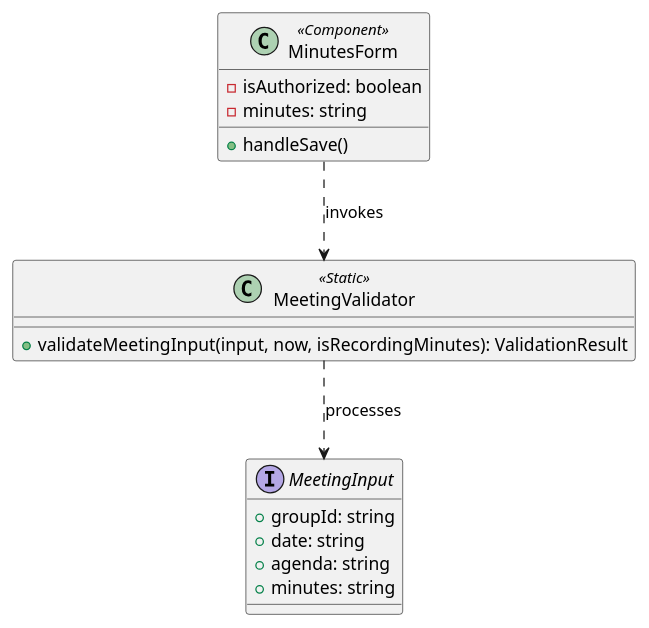
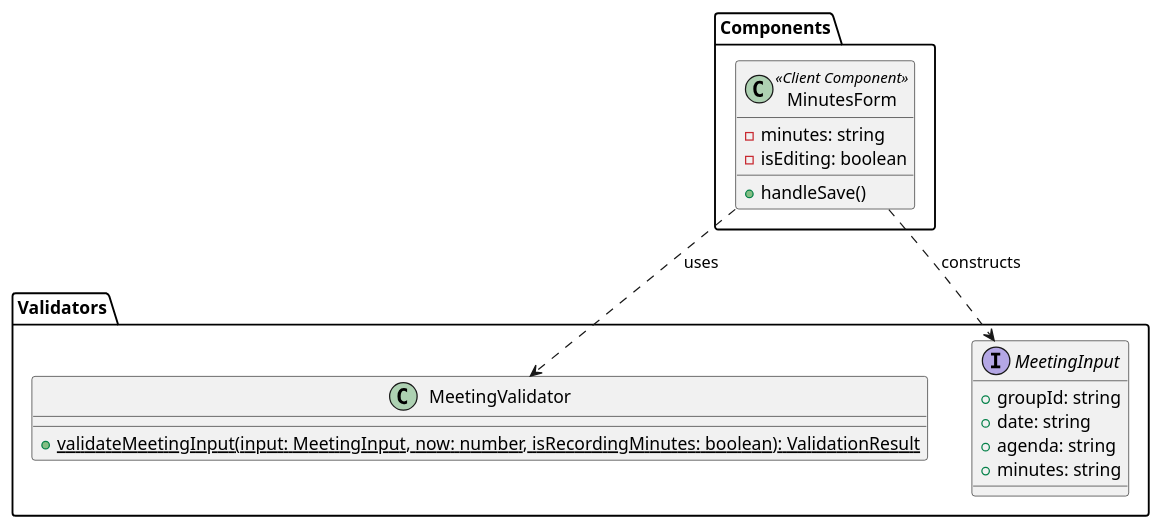
Before and after one commit to OliEveritt/Stokkings: the diagram in docs/architecture/3.4 · Record Meeting Minutes/logical_view_3_4.puml, drawn with PlantUML. The commit also changed 20 other files, not shown here.

Commit message:
feat: implement meeting minutes with validated architecture and passing TDD

```diff
--- a/docs/architecture/3.4 · Record Meeting Minutes/logical_view_3_4.puml
+++ b/docs/architecture/3.4 · Record Meeting Minutes/logical_view_3_4.puml
@@ -1,21 +1,24 @@
-@startuml
-class MeetingValidator <<Static>> {
-    +validateMeetingInput(input, now, isRecordingMinutes): ValidationResult
+@startuml logical_view_3_4
+package "Components" {
+    class MinutesForm <<Client Component>> {
+        - minutes: string
+        - isEditing: boolean
+        + handleSave()
+    }
 }
 
-interface MeetingInput {
-    +groupId: string
-    +date: string
-    +agenda: string
-    +minutes: string
+package "Validators" {
+    class MeetingValidator {
+        {static} + validateMeetingInput(input: MeetingInput, now: number, isRecordingMinutes: boolean): ValidationResult
+    }
+    interface MeetingInput {
+        + groupId: string
+        + date: string
+        + agenda: string
+        + minutes: string
+    }
 }
 
-class MinutesForm <<Component>> {
-    -isAuthorized: boolean
-    -minutes: string
-    +handleSave()
-}
-
-MinutesForm ..> MeetingValidator : invokes
-MeetingValidator ..> MeetingInput : processes
-@endum
+MinutesForm ..> MeetingValidator : uses
+MinutesForm ..> MeetingInput : constructs
+@enduml
```
